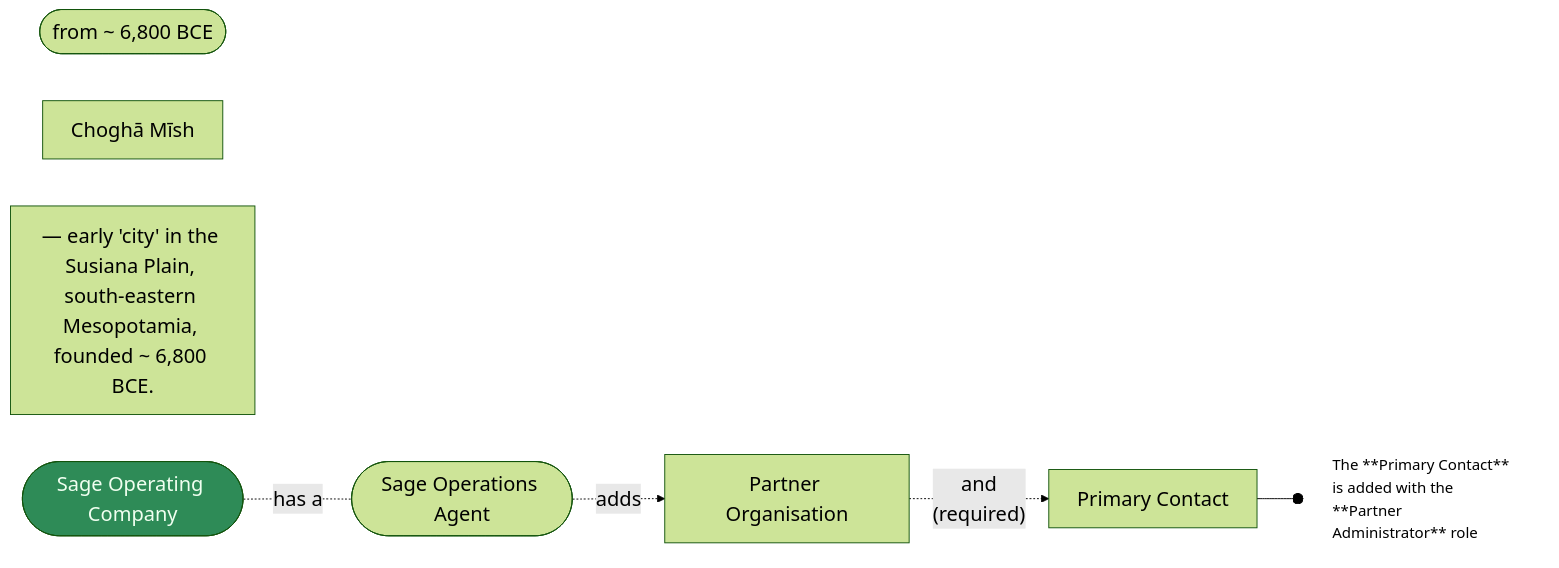
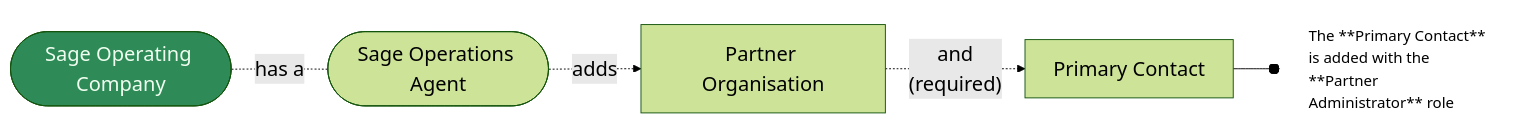
Before and after one commit to joe-dorward/samples: the diagram in 2025_Sage/01_Scenario - Partner organisation.mdx, drawn with Mermaid.

Commit message:
Update 01_Scenario - Partner organisation.mdx

````diff
--- a/2025_Sage/01_Scenario - Partner organisation.mdx
+++ b/2025_Sage/01_Scenario - Partner organisation.mdx
@@ -2,32 +2,23 @@
 ```mermaid
 %%{
   init: {
     'theme': 'forest',
     'themeVariables': {
       'fontSize':'16pt'
     }
   }
 }%%
 flowchart LR
+ %%classDef Note fill:pink, stroke:white, text-align:left, font-size:12pt, width:400px, margin:0px, padding:10px;
  classDef Sage fill:seagreen, color:honeydew;
- %%classDef Note fill:pink, stroke:white, text-align:left, font-size:12pt, width:400px, margin:0px, padding:10px;
  classDef Note fill:white, stroke:white, text-align:left, font-size:12pt;
-
-
-  6800([from ~ 6,800 BCE])
-    CHOGHA_MISH[Choghā Mīsh]
-    CHOGHA_MISH_NOTE[#151; early 'city' in the Susiana Plain, south-eastern Mesopotamia, founded ~ 6,800 BCE.]
-    click CHOGHA_MISH "https://en.wikipedia.org/wiki/Chogha_Mish" _blank
-
 
   SAGE_OPERATING_COMPANY_01([Sage Operating Company])-.has a.-
   SAGE_OPERATIONS_AGENT_01([Sage Operations Agent])-.adds.->
   PARTNER_ORGANISATION_01[Partner Organisation]-.and<br/>(required).->
   PRIMARY_CONTACT_01[Primary Contact]--o
   PRIMARY_CONTACT_01_NOTE[The **Primary Contact** is added with the **Partner Administrator** role]
 
-
-
   class SAGE_OPERATING_COMPANY_01 Sage
   class PRIMARY_CONTACT_01_NOTE Note
 ```
````
